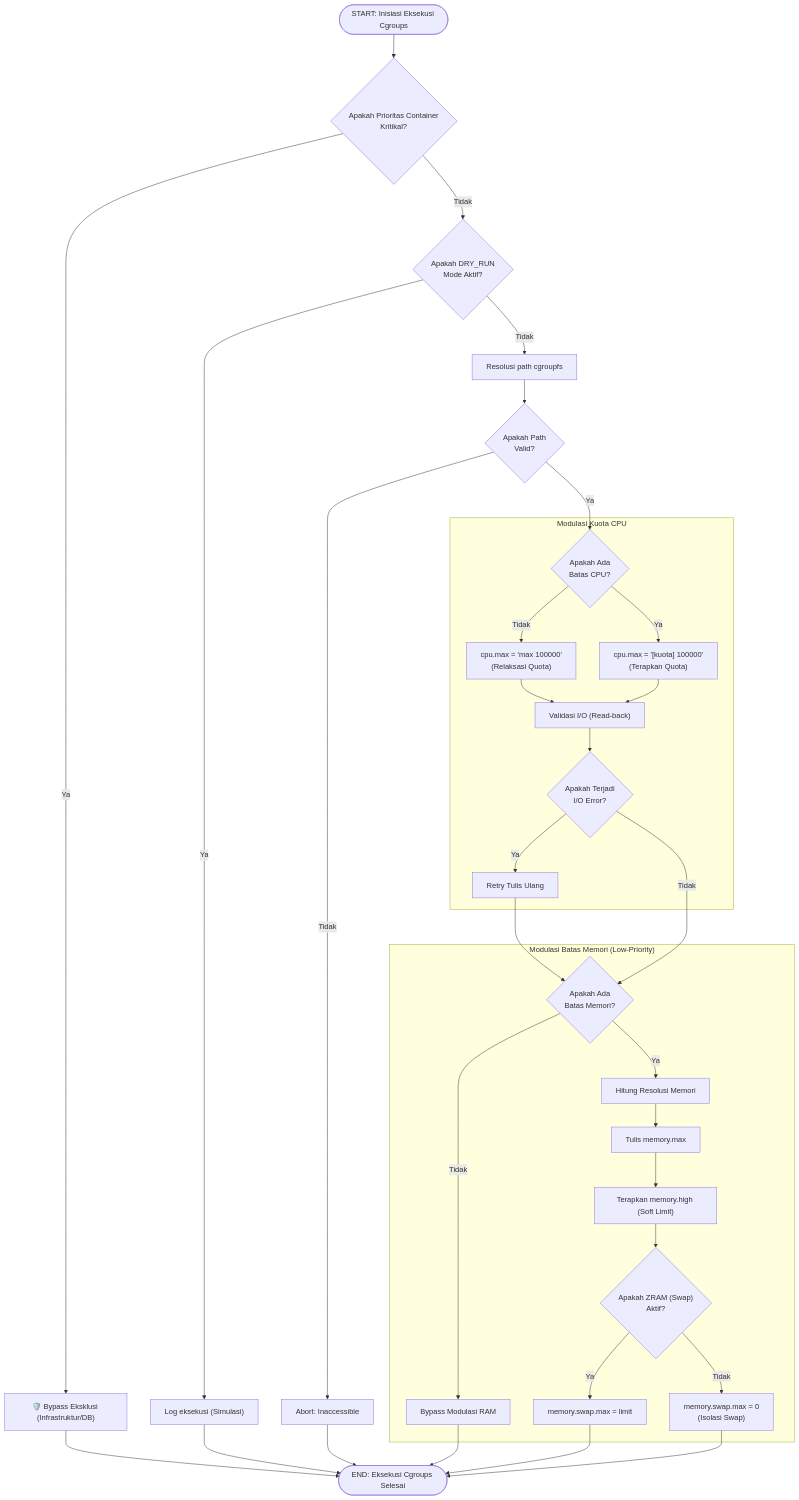
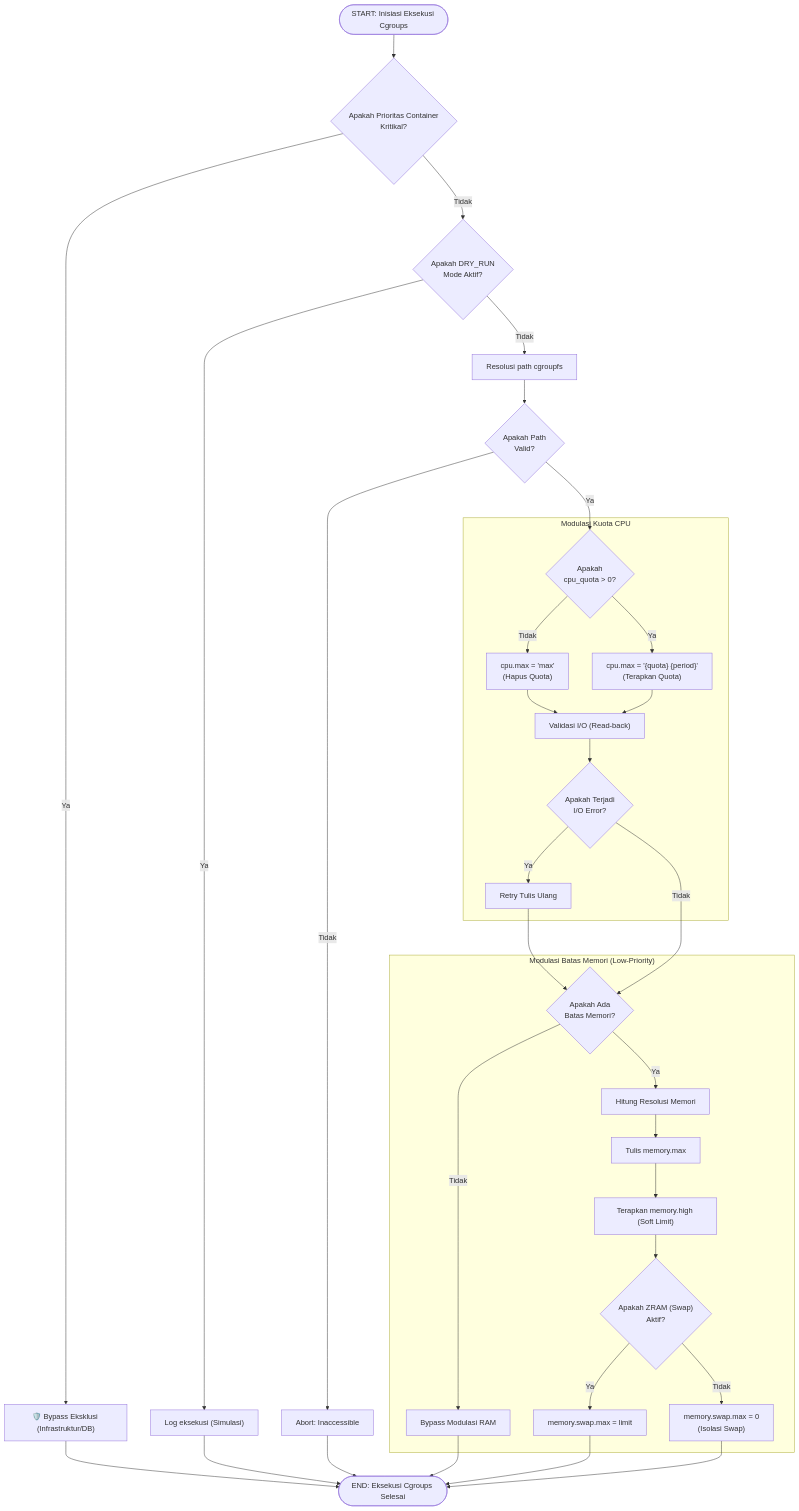
One commit to fauzanreza/green-container-framework changed the second of 2 diagrams in architecture-diagrams/layer-4-shaper/01_shaper.md. Above: the diagram before and after it, drawn with Mermaid. The commit also changed other lines of this file and 81 other files, not shown here.

````diff
--- a/architecture-diagrams/layer-4-shaper/01_shaper.md
+++ b/architecture-diagrams/layer-4-shaper/01_shaper.md
@@ -85,69 +85,69 @@
 ```mermaid
 flowchart TD
     START(["START: Inisiasi Eksekusi Cgroups"])
 
     PENTING{"Apakah Prioritas Container<br/>Kritikal?"}
     LINDUNGI["🛡️ Bypass Eksklusi (Infrastruktur/DB)"]
 
     SIMULASI{"Apakah DRY_RUN<br/>Mode Aktif?"}
     CATAT["Log eksekusi (Simulasi)"]
 
     CARI["Resolusi path cgroupfs"]
     KETEMU{"Apakah Path<br/>Valid?"}
     LEWATI["Abort: Inaccessible"]
 
     subgraph CPU["Modulasi Kuota CPU"]
-    CEK_CPU{"Apakah Ada<br/>Batas CPU?"}
-    BEBASKAN["cpu.max = 'max 100000'<br/>(Relaksasi Quota)"]
-    BATASI["cpu.max = '[kuota] 100000'<br/>(Terapkan Quota)"]
+    CEK_CPU{"Apakah<br/>cpu_quota > 0?"}
+    BEBASKAN["cpu.max = 'max'<br/>(Hapus Quota)"]
+    BATASI["cpu.max = '{quota} {period}'<br/>(Terapkan Quota)"]
     VERIFIKASI["Validasi I/O (Read-back)"]
     GAGAL{"Apakah Terjadi<br/>I/O Error?"}
     COBA_LAGI["Retry Tulis Ulang"]
     end
 
     subgraph RAM["Modulasi Batas Memori (Low-Priority)"]
     PERLU_RAM{"Apakah Ada<br/>Batas Memori?"}
     LEWAT_RAM["Bypass Modulasi RAM"]
     HITUNG_RAM["Hitung Resolusi Memori"]
     TULIS_RAM["Tulis memory.max"]
     REM_PERINGATAN["Terapkan memory.high (Soft Limit)"]
     CEK_SWAP{"Apakah ZRAM (Swap)<br/>Aktif?"}
     IZINKAN_SWAP["memory.swap.max = limit"]
     LARANG_SWAP["memory.swap.max = 0<br/>(Isolasi Swap)"]
     end
 
     SELESAI(["END: Eksekusi Cgroups Selesai"])
 
     START --> PENTING
     PENTING -->|Ya| LINDUNGI
     PENTING -->|Tidak| SIMULASI
     SIMULASI -->|Ya| CATAT
     SIMULASI -->|Tidak| CARI
     CARI --> KETEMU
     KETEMU -->|Tidak| LEWATI
     KETEMU -->|Ya| CEK_CPU
 
     CEK_CPU -->|Tidak| BEBASKAN
     CEK_CPU -->|Ya| BATASI
     BEBASKAN --> VERIFIKASI
     BATASI --> VERIFIKASI
     VERIFIKASI --> GAGAL
     GAGAL -->|Ya| COBA_LAGI
     GAGAL -->|Tidak| PERLU_RAM
     COBA_LAGI --> PERLU_RAM
 
     PERLU_RAM -->|Tidak| LEWAT_RAM
     PERLU_RAM -->|Ya| HITUNG_RAM
     HITUNG_RAM --> TULIS_RAM
     TULIS_RAM --> REM_PERINGATAN
     REM_PERINGATAN --> CEK_SWAP
     CEK_SWAP -->|Ya| IZINKAN_SWAP
     CEK_SWAP -->|Tidak| LARANG_SWAP
 
     LEWAT_RAM --> SELESAI
     IZINKAN_SWAP --> SELESAI
     LARANG_SWAP --> SELESAI
     LINDUNGI --> SELESAI
     CATAT --> SELESAI
     LEWATI --> SELESAI
 ```
````
